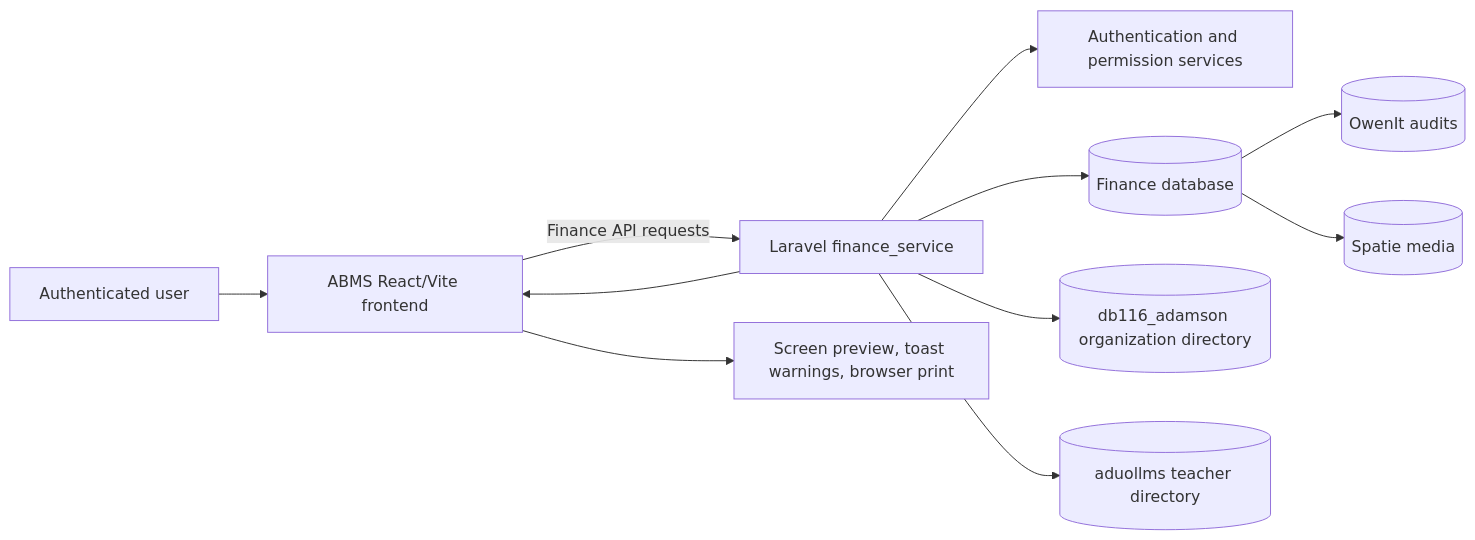
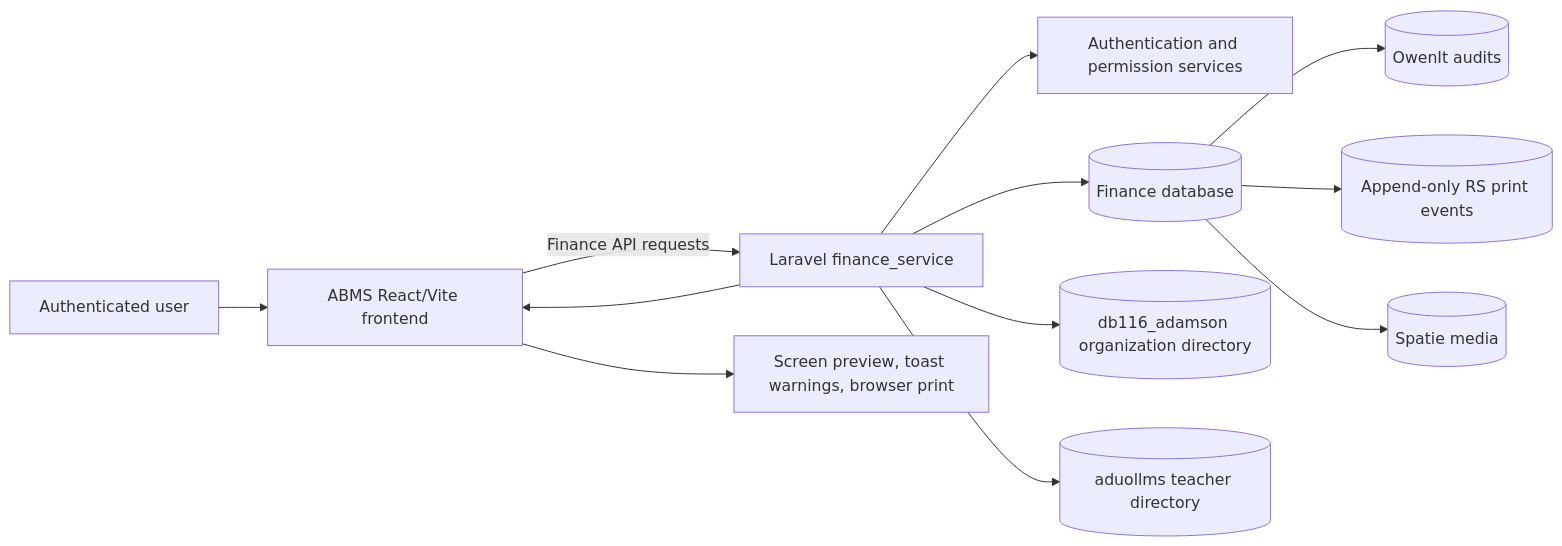
The first of 30 diagrams in docs/abms/flowcharts.md (AdamsonUniversity-ITC/adulivev6-monorepo), drawn with Mermaid before and after one commit. The commit also changed other lines of this file and 7 other files, not shown here.

````diff
--- a/docs/abms/flowcharts.md
+++ b/docs/abms/flowcharts.md
@@ -7,13 +7,14 @@
 ```mermaid
 flowchart LR
     U[Authenticated user] --> FE[ABMS React/Vite frontend]
     FE -->|Finance API requests| API[Laravel finance_service]
     API --> AUTH[Authentication and permission services]
     API --> FDB[(Finance database)]
     API --> ORG[(db116_adamson organization directory)]
     API --> PEOPLE[(aduollms teacher directory)]
     FDB --> AUDIT[(OwenIt audits)]
+    FDB --> PRINTS[(Append-only RS print events)]
     FDB --> MEDIA[(Spatie media)]
     API --> FE
     FE --> PREVIEW[Screen preview, toast warnings, browser print]
 ```
````
